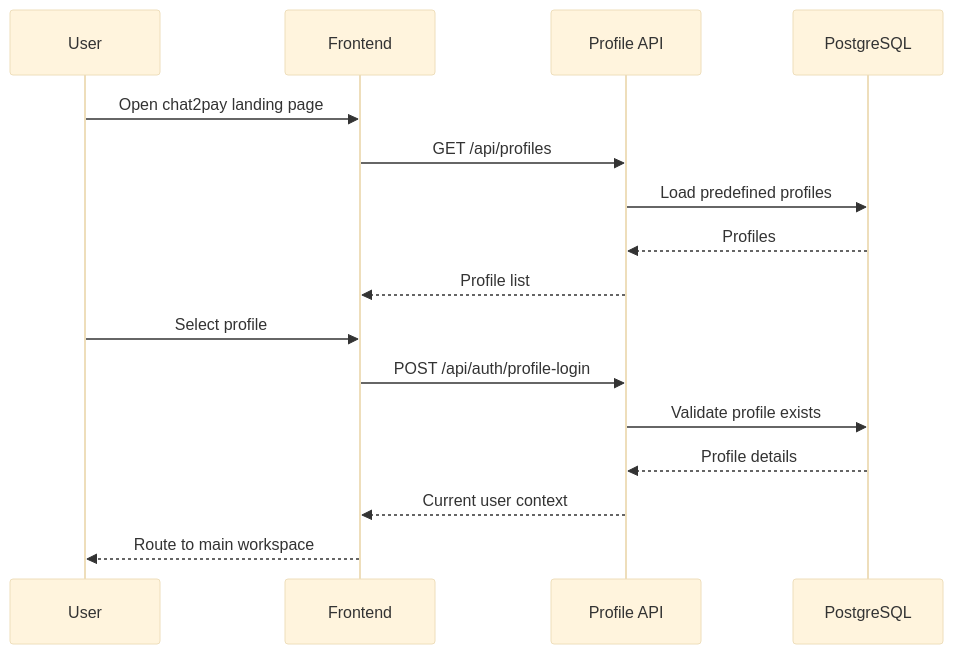
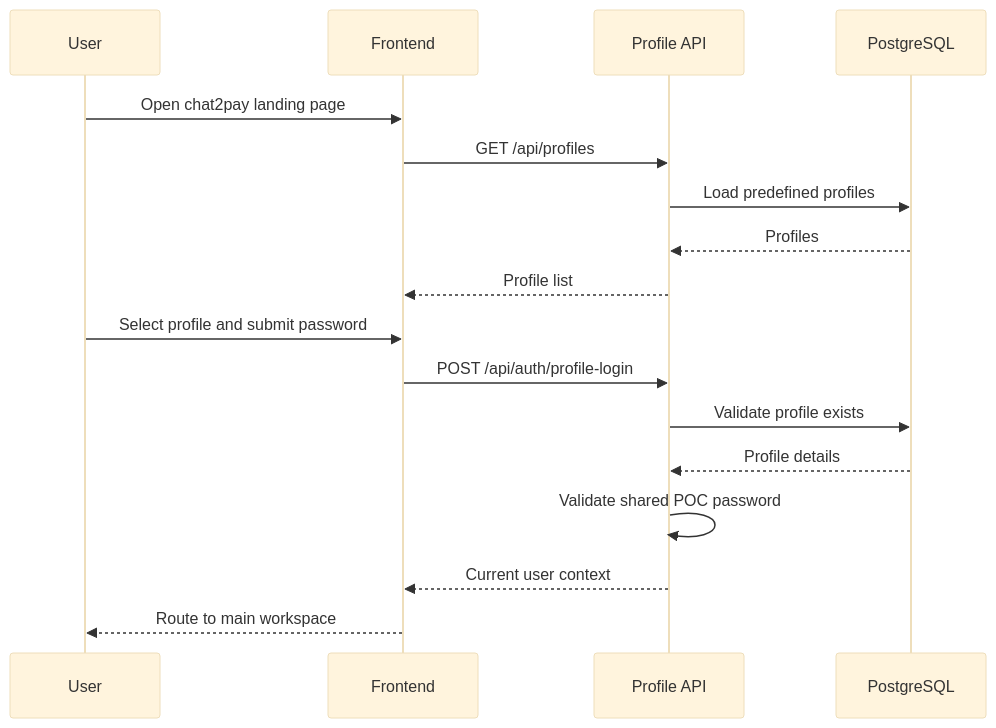
The fourth of 7 diagrams in docs/01-system_design.md (VictorZhong/chat2pay), drawn with Mermaid (base theme) before and after one commit. The commit also changed other lines of this file and 10 other files, not shown here.

````diff
--- a/docs/01-system_design.md
+++ b/docs/01-system_design.md
@@ -338,21 +339,22 @@
 ```mermaid
 sequenceDiagram
     participant U as User
     participant FE as Frontend
     participant API as Profile API
     participant DB as PostgreSQL
 
     U->>FE: Open chat2pay landing page
     FE->>API: GET /api/profiles
     API->>DB: Load predefined profiles
     DB-->>API: Profiles
     API-->>FE: Profile list
 
-    U->>FE: Select profile
+    U->>FE: Select profile and submit password
     FE->>API: POST /api/auth/profile-login
     API->>DB: Validate profile exists
     DB-->>API: Profile details
+    API->>API: Validate shared POC password
     API-->>FE: Current user context
 
     FE-->>U: Route to main workspace
 ```
````
